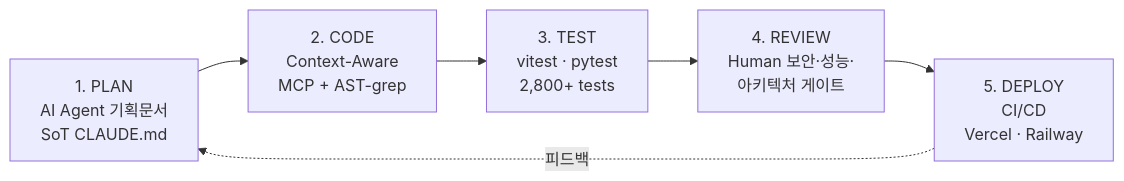
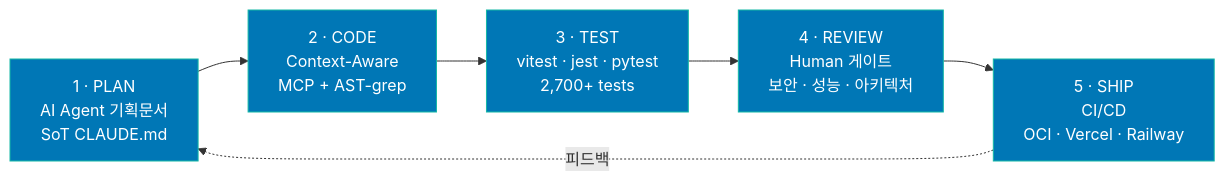
Before and after one commit to doublesilver/doublesilver: the diagram in README.md, drawn with Mermaid. The commit also changed other lines of this file and 1 other file, not shown here.

````diff
--- a/README.md
+++ b/README.md
@@ -271,8 +288,10 @@
 ```mermaid
 flowchart LR
-    P[1. PLAN<br/>AI Agent 기획문서<br/>SoT CLAUDE.md] --> C[2. CODE<br/>Context-Aware<br/>MCP + AST-grep]
-    C --> T[3. TEST<br/>vitest · pytest<br/>2,800+ tests]
-    T --> R[4. REVIEW<br/>Human 보안·성능·<br/>아키텍처 게이트]
-    R --> D[5. DEPLOY<br/>CI/CD<br/>Vercel · Railway]
-    D -.피드백.-> P
+    P["1 · PLAN<br/>AI Agent 기획문서<br/>SoT CLAUDE.md"] --> C["2 · CODE<br/>Context-Aware<br/>MCP + AST-grep"]
+    C --> T["3 · TEST<br/>vitest · jest · pytest<br/>2,700+ tests"]
+    T --> R["4 · REVIEW<br/>Human 게이트<br/>보안 · 성능 · 아키텍처"]
+    R --> D["5 · SHIP<br/>CI/CD<br/>OCI · Vercel · Railway"]
+    D -. 피드백 .-> P
+    classDef s fill:#0077B6,stroke:#14B8A6,color:#fff;
+    class P,C,T,R,D s;
 ```
````
